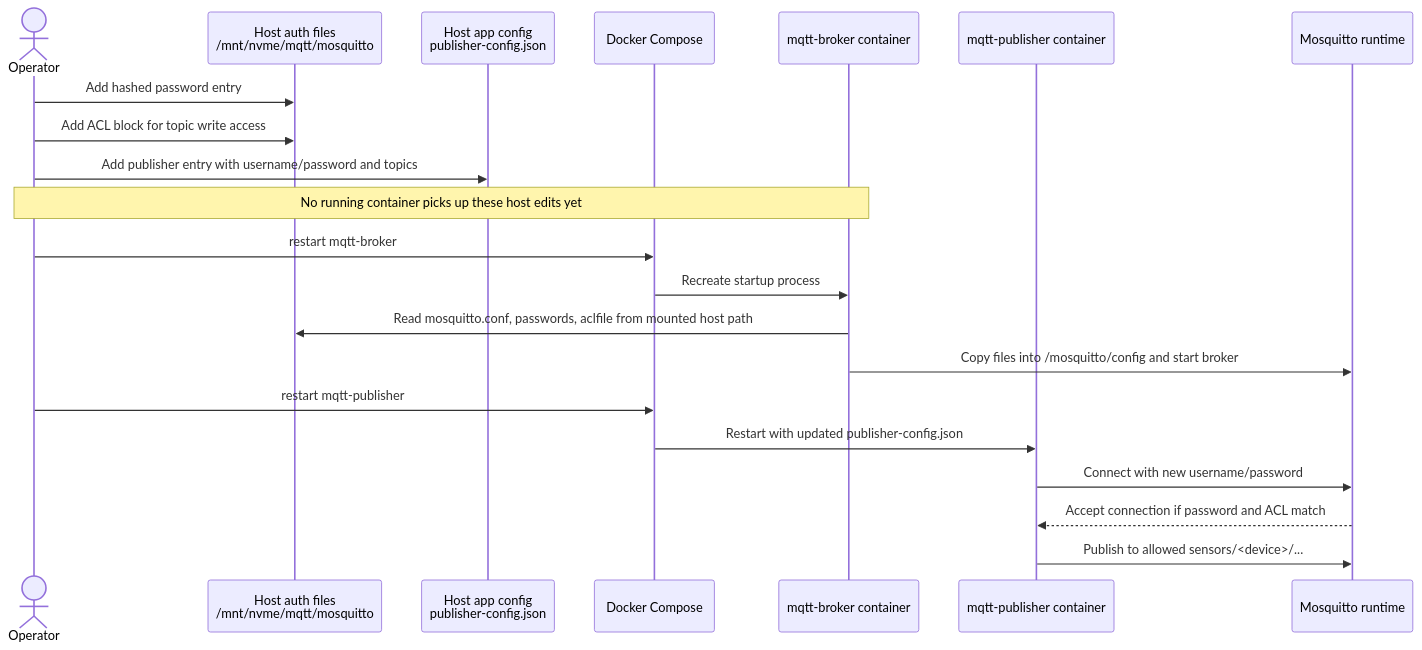
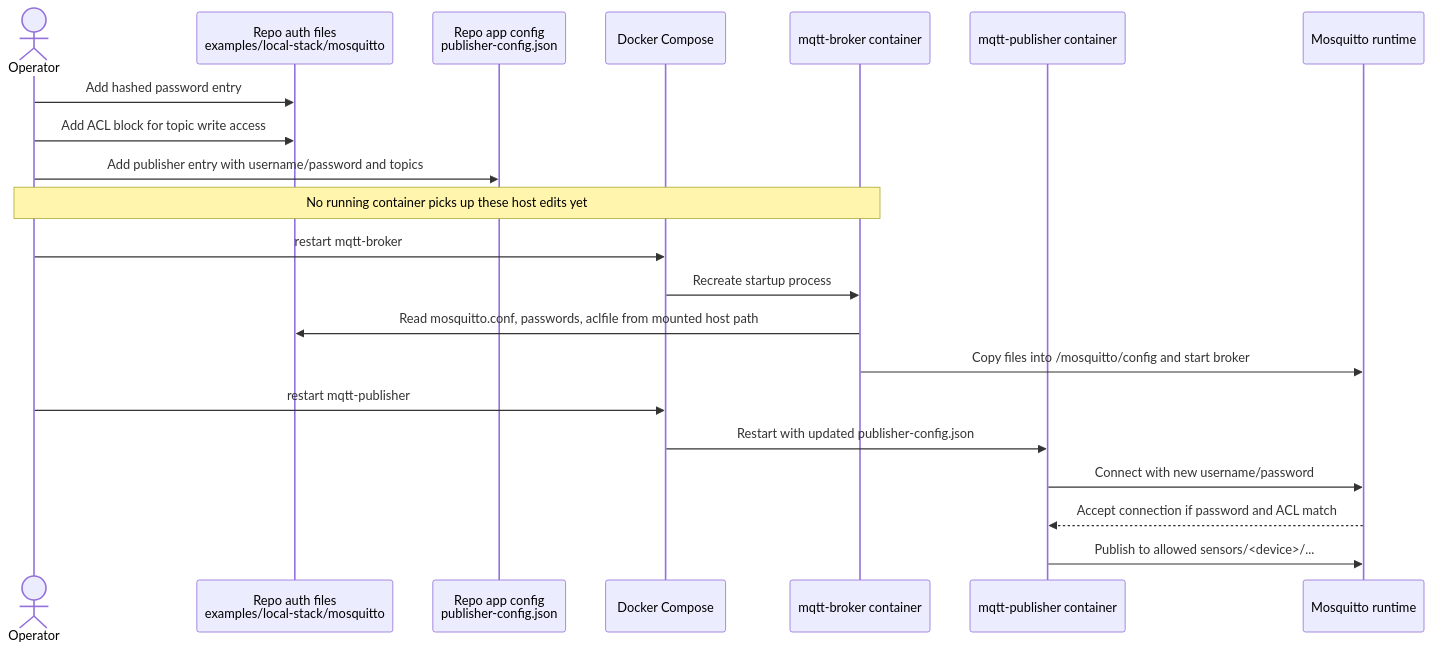
The diagram in docs/secure-broker-howto.md (Fraank-dash/mqtt2postgres), drawn with Mermaid before and after one commit. The commit also changed other lines of this file and 11 other files, not shown here.

````diff
--- a/docs/secure-broker-howto.md
+++ b/docs/secure-broker-howto.md
@@ -80,26 +86,26 @@
 ```mermaid
 sequenceDiagram
     actor Operator
-    participant HostAuth as Host auth files<br/>/mnt/nvme/mqtt/mosquitto
-    participant HostConfig as Host app config<br/>publisher-config.json
+    participant HostAuth as Repo auth files<br/>examples/local-stack/mosquitto
+    participant HostConfig as Repo app config<br/>publisher-config.json
     participant Compose as Docker Compose
     participant Broker as mqtt-broker container
     participant Publisher as mqtt-publisher container
     participant MQTT as Mosquitto runtime
 
     Operator->>HostAuth: Add hashed password entry
     Operator->>HostAuth: Add ACL block for topic write access
     Operator->>HostConfig: Add publisher entry with username/password and topics
     Note over Operator,Broker: No running container picks up these host edits yet
 
     Operator->>Compose: restart mqtt-broker
     Compose->>Broker: Recreate startup process
     Broker->>HostAuth: Read mosquitto.conf, passwords, aclfile from mounted host path
     Broker->>MQTT: Copy files into /mosquitto/config and start broker
 
     Operator->>Compose: restart mqtt-publisher
     Compose->>Publisher: Restart with updated publisher-config.json
     Publisher->>MQTT: Connect with new username/password
     MQTT-->>Publisher: Accept connection if password and ACL match
     Publisher->>MQTT: Publish to allowed sensors/<device>/...
 ```
````
